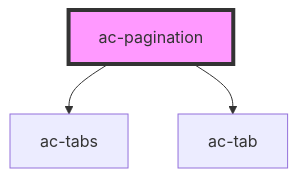
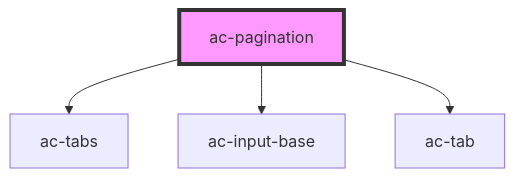
Before and after one commit to accera-tech/solar-components: the diagram in src/components/molecules/ac-pagination/readme.md, drawn with Mermaid. The commit also changed other lines of this file and 9 other files, not shown here.

````diff
--- a/src/components/molecules/ac-pagination/readme.md
+++ b/src/components/molecules/ac-pagination/readme.md
@@ -33,6 +34,7 @@
 ```mermaid
 graph TD;
   ac-pagination --> ac-tabs
+  ac-pagination --> ac-input-base
   ac-pagination --> ac-tab
   style ac-pagination fill:#f9f,stroke:#333,stroke-width:4px
 ```
````
